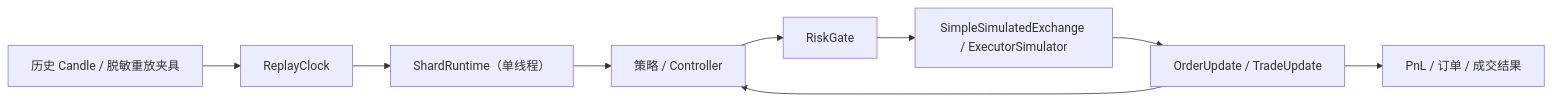
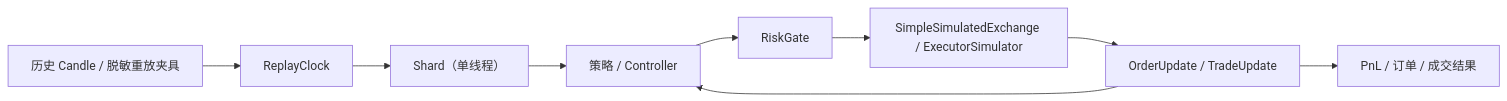
Diagram 11 of 11 in docs/ARCHITECTURE.md (larrystd/hbot-quant), drawn with Mermaid before and after one commit. The commit also changed other lines of this file and 12 other files, not shown here.

````diff
--- a/docs/ARCHITECTURE.md
+++ b/docs/ARCHITECTURE.md
@@ -492,11 +492,11 @@
 ```mermaid
 flowchart LR
     DATA["历史 Candle / 脱敏重放夹具"] --> CLOCK["ReplayClock"]
-    CLOCK --> SHARD["ShardRuntime（单线程）"]
+    CLOCK --> SHARD["Shard（单线程）"]
     SHARD --> STRATEGY["策略 / Controller"]
     STRATEGY --> RISK["RiskGate"]
     RISK --> SIM["SimpleSimulatedExchange / ExecutorSimulator"]
     SIM --> EVENTS["OrderUpdate / TradeUpdate"]
     EVENTS --> STRATEGY
     EVENTS --> RESULT["PnL / 订单 / 成交结果"]
 ```
````
